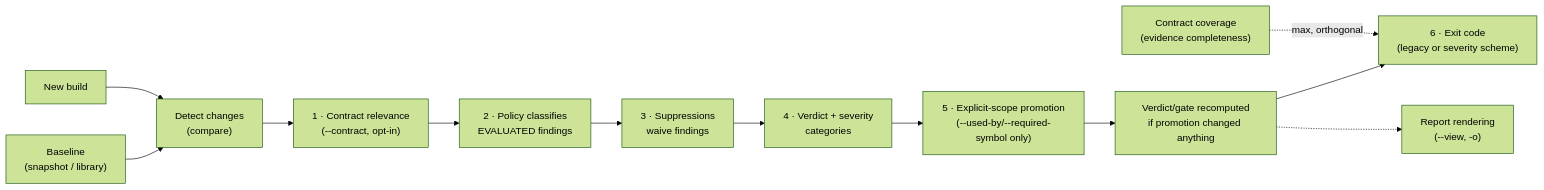
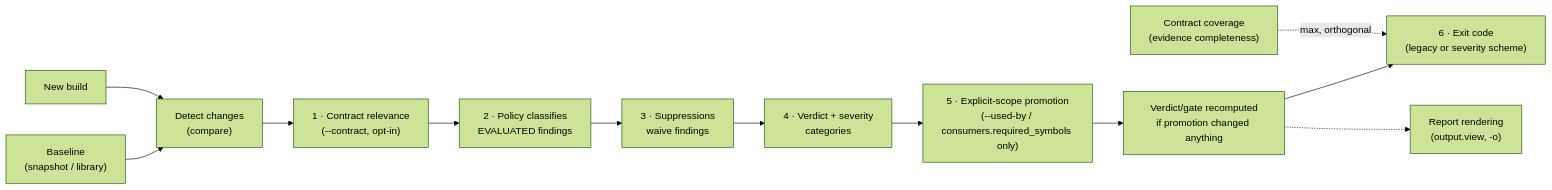
Before and after one commit to abicheck/abicheck: the diagram in docs/use/ci-gating.md, drawn with Mermaid (forest theme). The commit also changed other lines of this file and 293 other files, not shown here.

````diff
--- a/docs/use/ci-gating.md
+++ b/docs/use/ci-gating.md
@@ -26,14 +26,14 @@
 ```mermaid
 flowchart LR
     B["Baseline<br/>(snapshot / library)"] --> D["Detect changes<br/>(compare)"]
     N["New build"] --> D
     D --> CR["1 · Contract relevance<br/>(--contract, opt-in)"]
     CR --> P["2 · Policy classifies<br/>EVALUATED findings"]
     P --> S["3 · Suppressions<br/>waive findings"]
     S --> V["4 · Verdict + severity<br/>categories"]
-    V --> PR["5 · Explicit-scope promotion<br/>(--used-by/--required-symbol only)"]
+    V --> PR["5 · Explicit-scope promotion<br/>(--used-by / consumers.required_symbols only)"]
     PR --> V2["Verdict/gate recomputed<br/>if promotion changed anything"]
     V2 --> E["6 · Exit code<br/>(legacy or severity scheme)"]
     CC["Contract coverage<br/>(evidence completeness)"] -.->|max, orthogonal| E
-    V2 -.-> R["Report rendering<br/>(--view, -o)"]
+    V2 -.-> R["Report rendering<br/>(output.view, -o)"]
 ```
````
